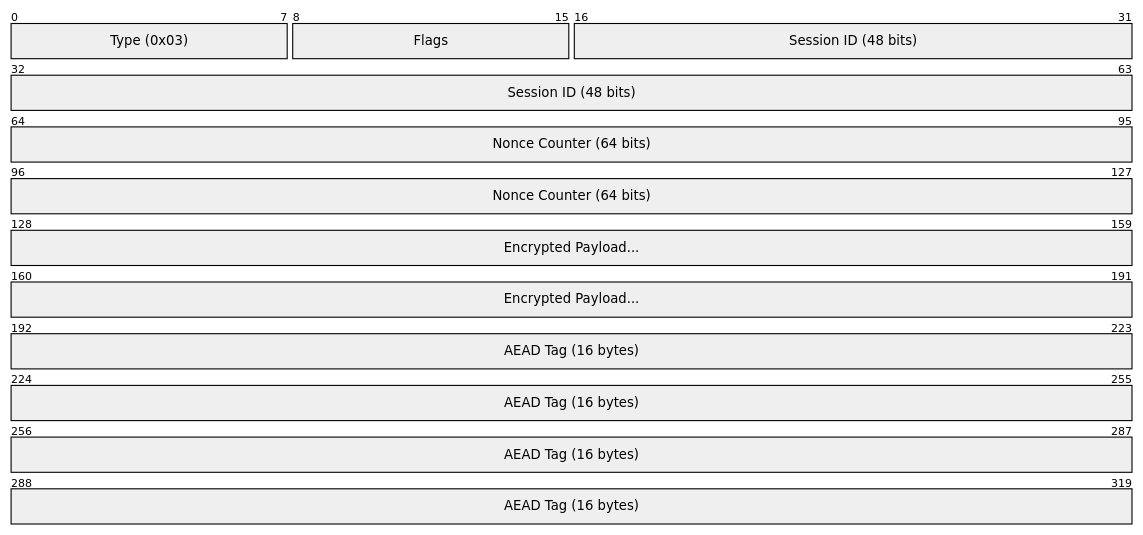
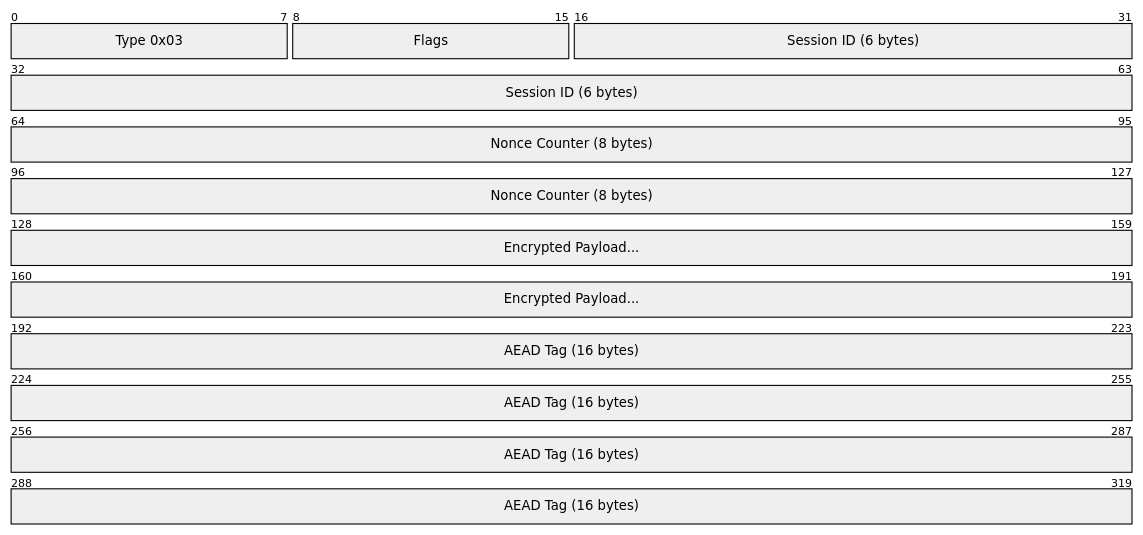
Before and after one commit to DanEscher98/nomad-specs: the first of 4 diagrams in specs/TRANSPORT.md, drawn with Mermaid. The commit also changed other lines of this file and 5 other files, not shown here.

First line of the commit message:
fix: convert packet-beta to packet with +count syntax

````diff
--- a/specs/TRANSPORT.md
+++ b/specs/TRANSPORT.md
@@ -38,9 +38,9 @@
 ```mermaid
-packet-beta
-  0-7: "Type (0x03)"
-  8-15: "Flags"
-  16-63: "Session ID (48 bits)"
-  64-127: "Nonce Counter (64 bits)"
-  128-191: "Encrypted Payload..."
-  192-319: "AEAD Tag (16 bytes)"
+packet
+  +8: "Type 0x03"
+  +8: "Flags"
+  +48: "Session ID (6 bytes)"
+  +64: "Nonce Counter (8 bytes)"
+  +64: "Encrypted Payload..."
+  +128: "AEAD Tag (16 bytes)"
 ```
````
